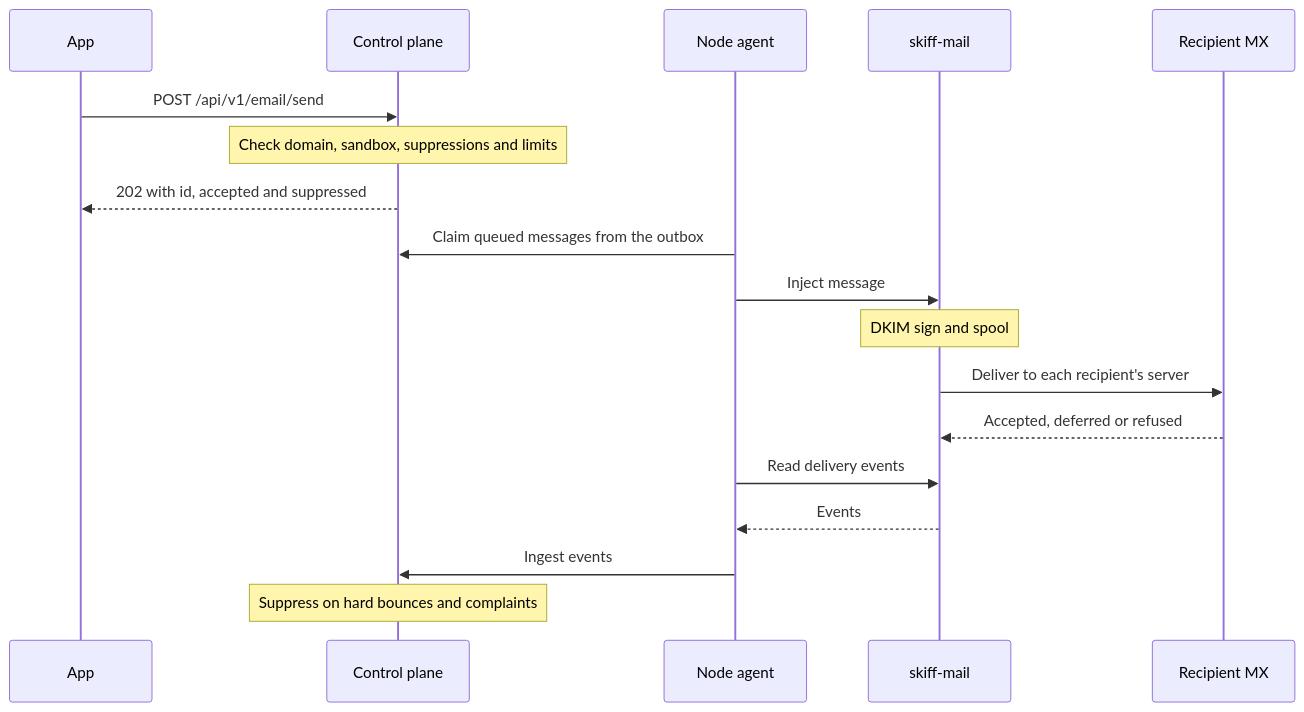
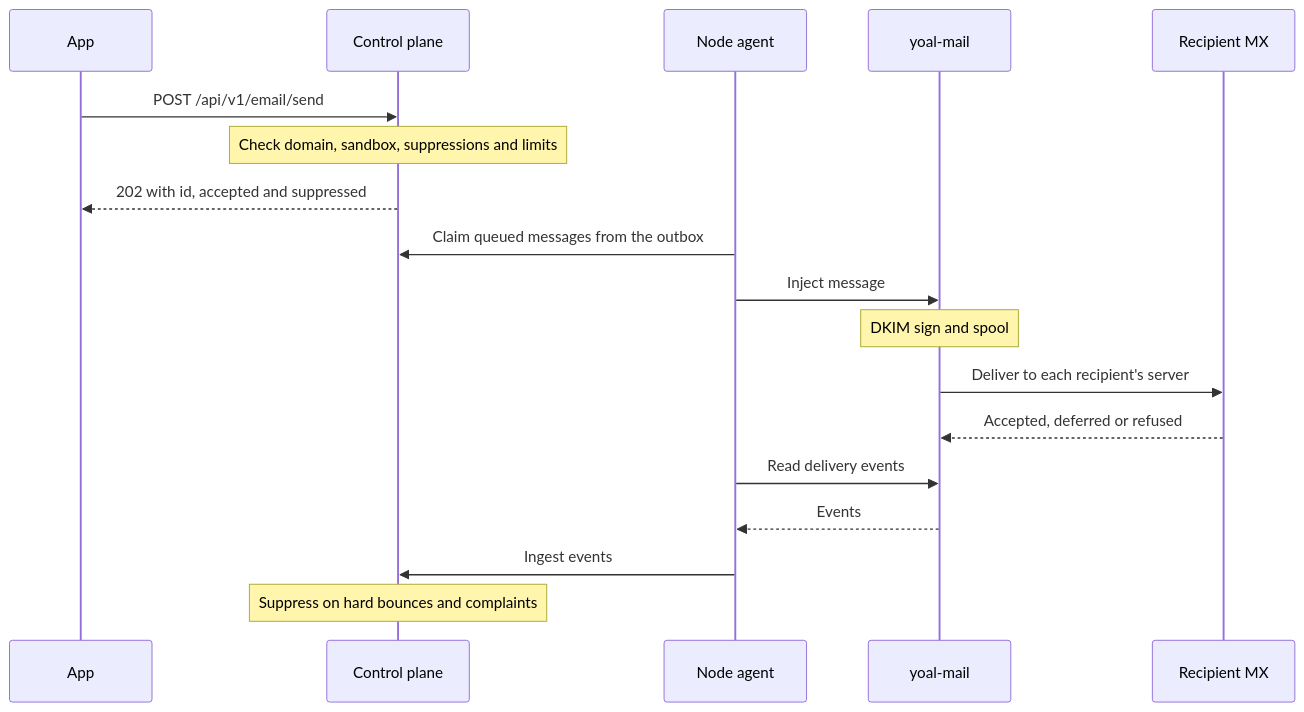
Before and after one commit to KieranHolroyd/skiff: the second of 2 diagrams in packages/docs/content/data/email.md, drawn with Mermaid. The commit also changed other lines of this file and 1869 other files, not shown here.

````diff
--- a/packages/docs/content/data/email.md
+++ b/packages/docs/content/data/email.md
@@ -167,20 +167,20 @@
 ```mermaid
 sequenceDiagram
     participant App
     participant CP as Control plane
     participant Agent as Node agent
-    participant Mail as skiff-mail
+    participant Mail as yoal-mail
     participant MX as Recipient MX
     App->>CP: POST /api/v1/email/send
     Note over CP: Check domain, sandbox, suppressions and limits
     CP-->>App: 202 with id, accepted and suppressed
     Agent->>CP: Claim queued messages from the outbox
     Agent->>Mail: Inject message
     Note over Mail: DKIM sign and spool
     Mail->>MX: Deliver to each recipient's server
     MX-->>Mail: Accepted, deferred or refused
     Agent->>Mail: Read delivery events
     Mail-->>Agent: Events
     Agent->>CP: Ingest events
     Note over CP: Suppress on hard bounces and complaints
 ```
````
